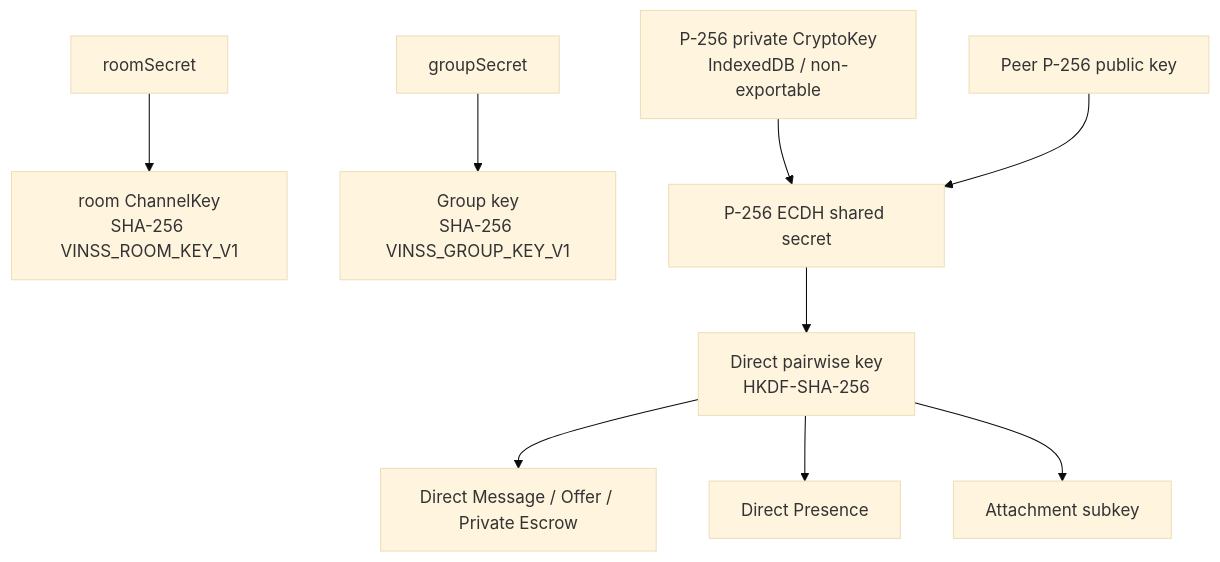
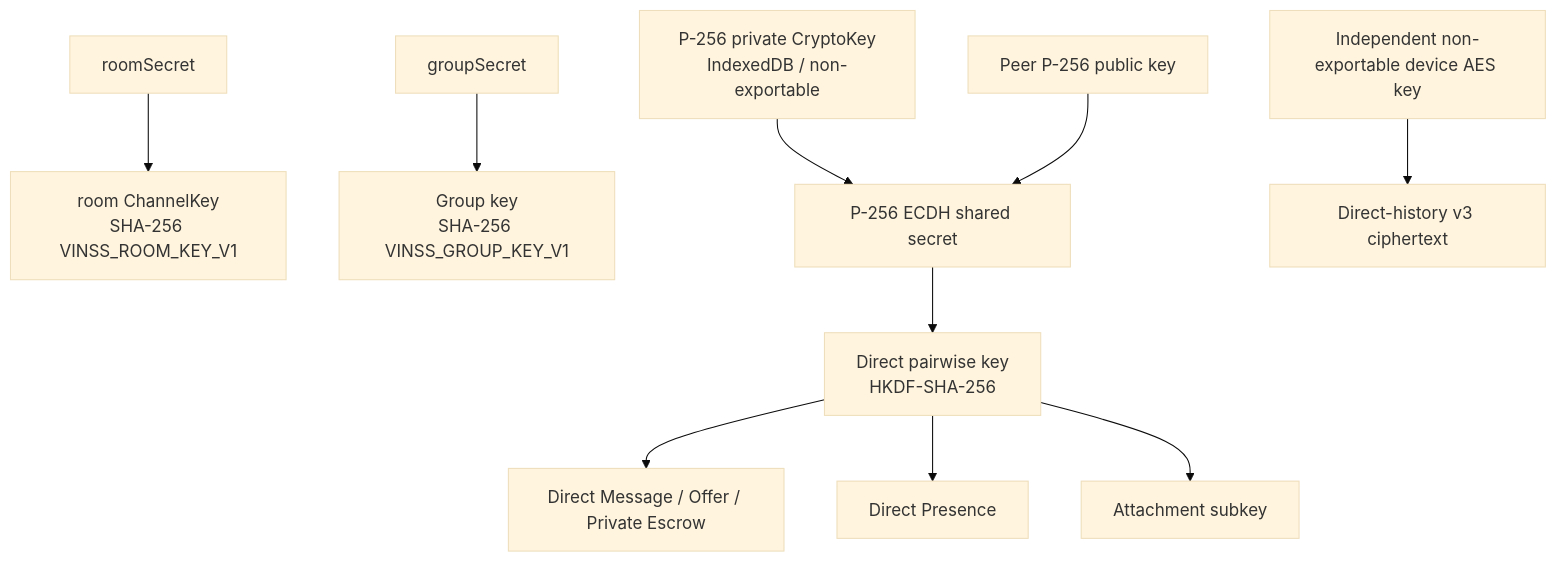
The second of 9 diagrams in docs/technical/frontend/README.md (DXJLabs/vinss), drawn with Mermaid (base theme) before and after one commit. The commit also changed other lines of this file and 8 other files, not shown here.

Commit message:
docs: refresh messaging architecture, code maps and Mermaid; verify Offer rails

````diff
--- a/docs/technical/frontend/README.md
+++ b/docs/technical/frontend/README.md
@@ -212,26 +217,29 @@
 ```mermaid
 flowchart TD
     ROOMSECRET["roomSecret"]
     ROOMKEY["room ChannelKey\nSHA-256 VINSS_ROOM_KEY_V1"]
 
     GROUPSECRET["groupSecret"]
     GROUPKEY["Group key\nSHA-256 VINSS_GROUP_KEY_V1"]
 
     IDPRIV["P-256 private CryptoKey\nIndexedDB / non-exportable"]
     PEERPUB["Peer P-256 public key"]
     ECDH["P-256 ECDH shared secret"]
     DIRECT["Direct pairwise key\nHKDF-SHA-256"]
 
     MSG["Direct Message / Offer / Private Escrow"]
     PRES["Direct Presence"]
     ATT["Attachment subkey"]
 
     ROOMSECRET --> ROOMKEY
     GROUPSECRET --> GROUPKEY
     IDPRIV --> ECDH
     PEERPUB --> ECDH
     ECDH --> DIRECT
     DIRECT --> MSG
     DIRECT --> PRES
     DIRECT --> ATT
+    DEVICE["Independent non-exportable device AES key"]
+    HISTORY["Direct-history v3 ciphertext"]
+    DEVICE --> HISTORY
 ```
````
